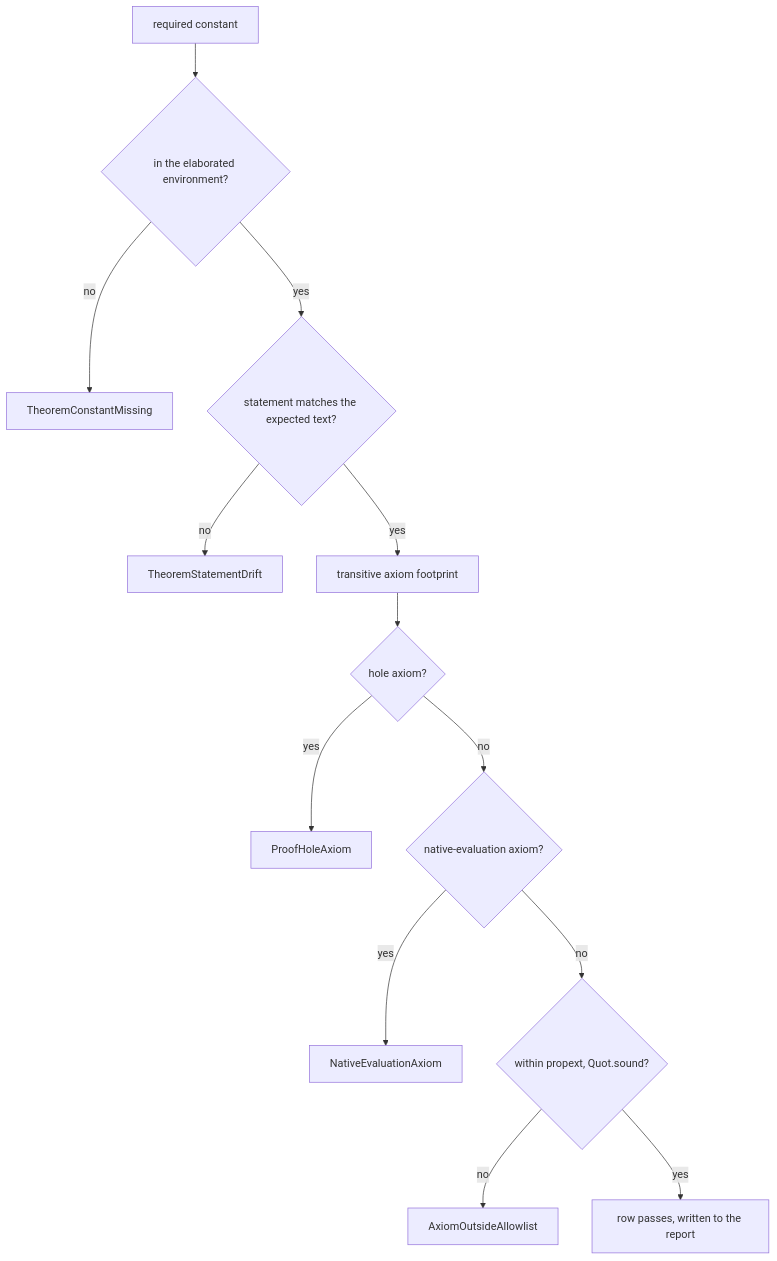
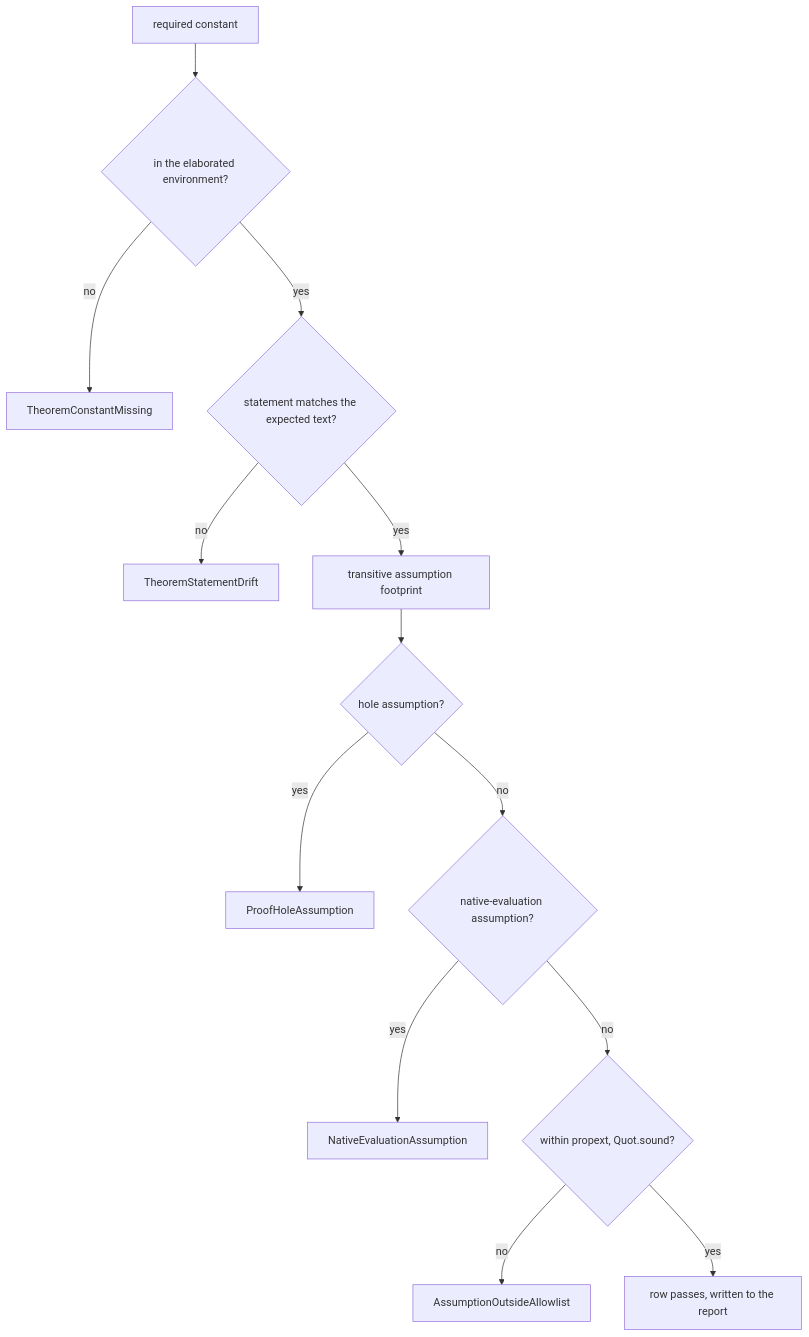
One commit to fractalboxdev/contextful changed the second of 3 diagrams in spec/80-formal.md. Above: the diagram before and after it, drawn with Mermaid. The commit also changed other lines of this file and 14 other files, not shown here.

Commit message:
assurance: name what a Lean proof takes without proof an assumption; Lean's own identifiers keep `axiom`

````diff
--- a/spec/80-formal.md
+++ b/spec/80-formal.md
@@ -140,15 +141,15 @@
 ```mermaid
 flowchart TD
   C["required constant"] --> P{"in the elaborated environment?"}
   P -- no --> E1["TheoremConstantMissing"]
   P -- yes --> S{"statement matches the expected text?"}
   S -- no --> E2["TheoremStatementDrift"]
-  S -- yes --> F["transitive axiom footprint"]
-  F --> H{"hole axiom?"}
-  H -- yes --> E3["ProofHoleAxiom"]
-  H -- no --> N{"native-evaluation axiom?"}
-  N -- yes --> E4["NativeEvaluationAxiom"]
+  S -- yes --> F["transitive assumption footprint"]
+  F --> H{"hole assumption?"}
+  H -- yes --> E3["ProofHoleAssumption"]
+  H -- no --> N{"native-evaluation assumption?"}
+  N -- yes --> E4["NativeEvaluationAssumption"]
   N -- no --> A{"within propext, Quot.sound?"}
-  A -- no --> E5["AxiomOutsideAllowlist"]
+  A -- no --> E5["AssumptionOutsideAllowlist"]
   A -- yes --> OK["row passes, written to the report"]
 ```
````
